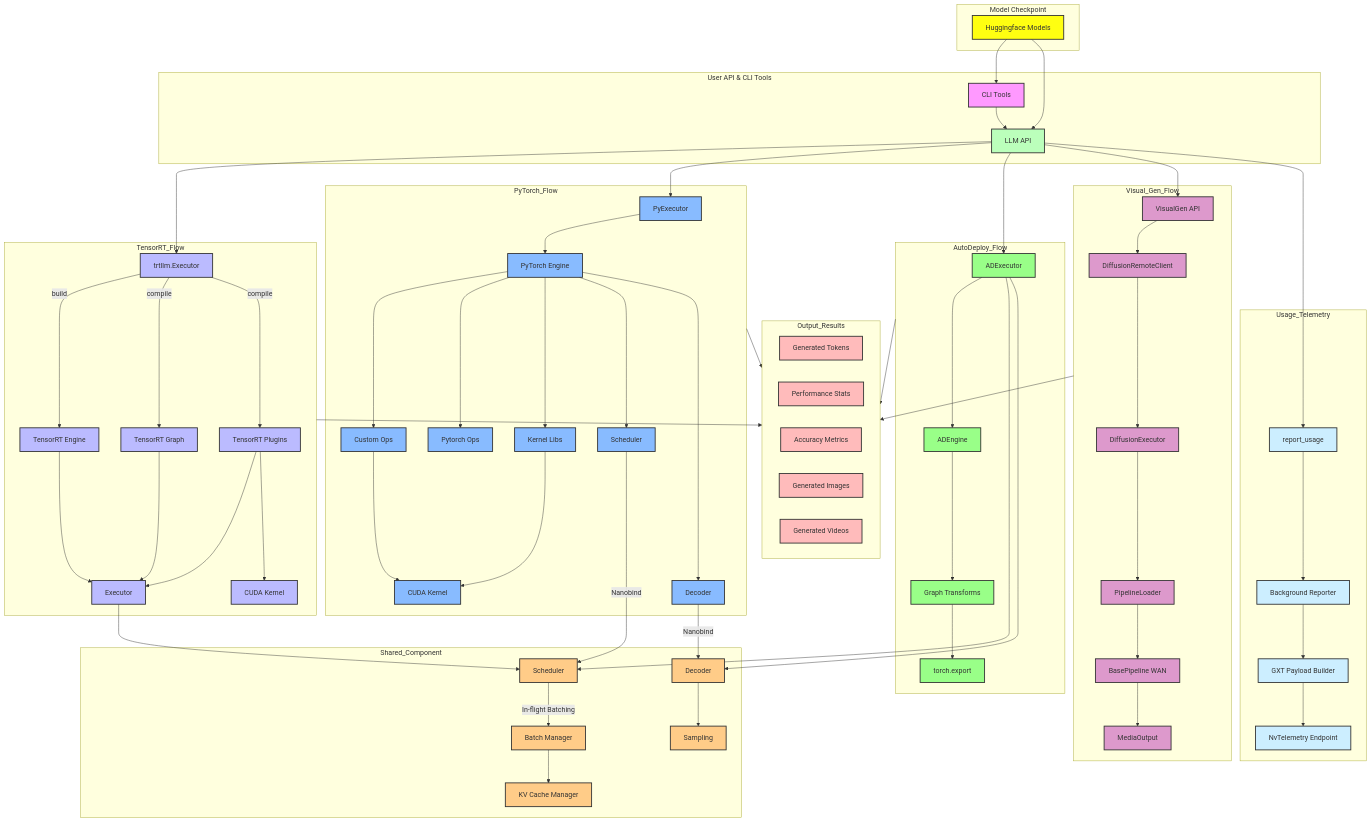
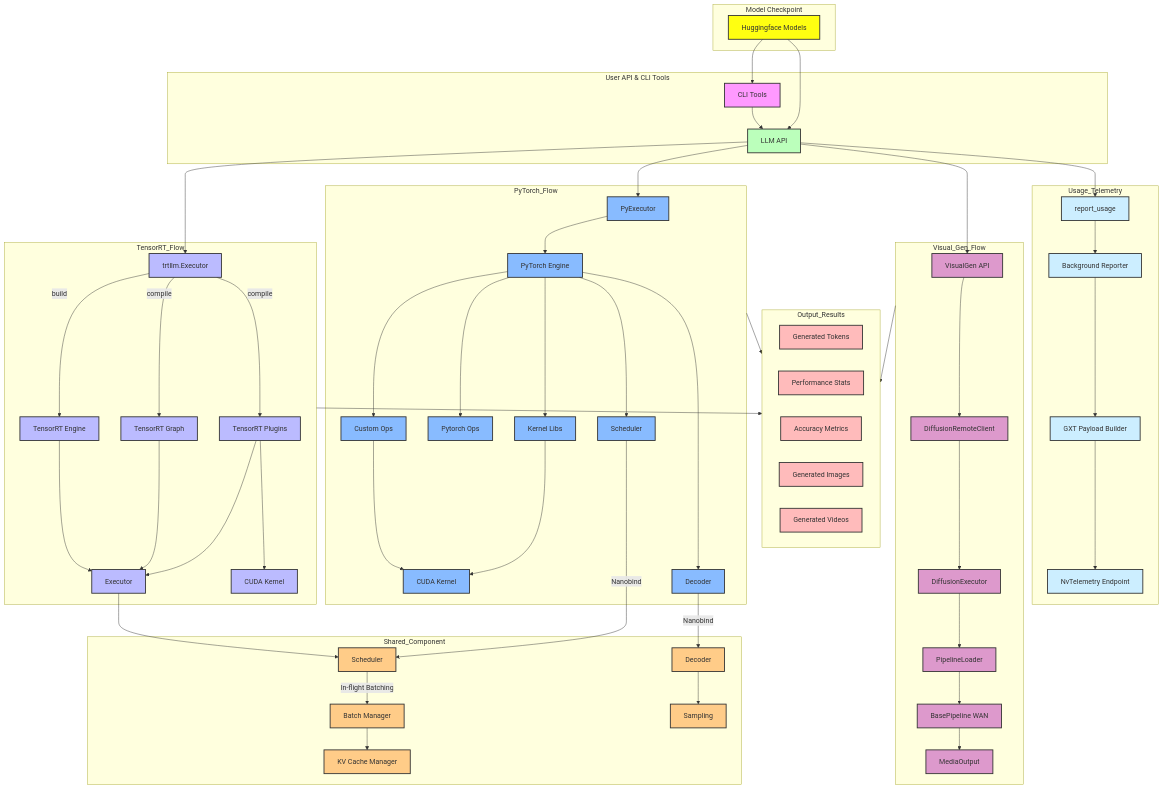
One commit to NVIDIA/TensorRT-LLM changed the diagram in .github/tava_architecture_diagram.md. Above: the diagram before and after it, drawn with Mermaid. The commit also changed 662 other files, not shown here.

Commit message:
[None][chore] Remove AutoDeploy from TensorRT-LLM

```diff
--- a/.github/tava_architecture_diagram.md
+++ b/.github/tava_architecture_diagram.md
@@ -49,17 +49,6 @@
         CustomOps --> CUDAKernel
     end
 
-    subgraph "AutoDeploy_Flow"
-        ADExecutor[ADExecutor]
-        ADEngine[ADEngine]
-        GraphTransforms[Graph Transforms]
-        TorchExport[torch.export]
-        LLMAPI --> ADExecutor
-        ADExecutor --> ADEngine
-        ADEngine --> GraphTransforms
-        GraphTransforms --> TorchExport
-    end
-
     subgraph "Visual_Gen_Flow"
         VisualGenAPI[VisualGen API]
         DiffusionClient[DiffusionRemoteClient]
@@ -83,8 +72,6 @@
         KVCache[KV Cache Manager]
         PyScheduler --> |Nanobind|Shared_Scheduler
         PyDecoder --> |Nanobind|Shared_Decoder
-        ADExecutor --> Shared_Scheduler
-        ADExecutor --> Shared_Decoder
         Shared_Decoder --> Sampling
         Executor --> Shared_Scheduler[Scheduler]
         Shared_Scheduler --> |In-flight Batching| BatchManager
@@ -115,10 +102,7 @@
 
     TensorRT_Flow --> Output_Results
     PyTorch_Flow --> Output_Results
-    AutoDeploy_Flow --> Output_Results
     Visual_Gen_Flow --> Output_Results
-
-    AutoDeploy_Flow ~~~ Usage_Telemetry
 
     %% Force Output_Results to be between PyTorch_flow and TensorRT_flow
     PyTorch_Flow ~~~ Output_Results
@@ -138,10 +122,6 @@
     %% PyTorch flow format
     classDef pytorch fill:#8bf,stroke:#333,stroke-width:2px;
     class PyExecutor,PyEngine,CustomOps,PyTorchOps,KernelLibs,PyScheduler,PyDecoder,CUDAKernel pytorch;
-
-    %% AutoDeploy flow format
-    classDef autodeploy fill:#9f8,stroke:#333,stroke-width:2px;
-    class ADExecutor,ADEngine,GraphTransforms,TorchExport autodeploy;
 
     %% Visual Gen flow format
     classDef visualgen fill:#d9c,stroke:#333,stroke-width:2px;
```
